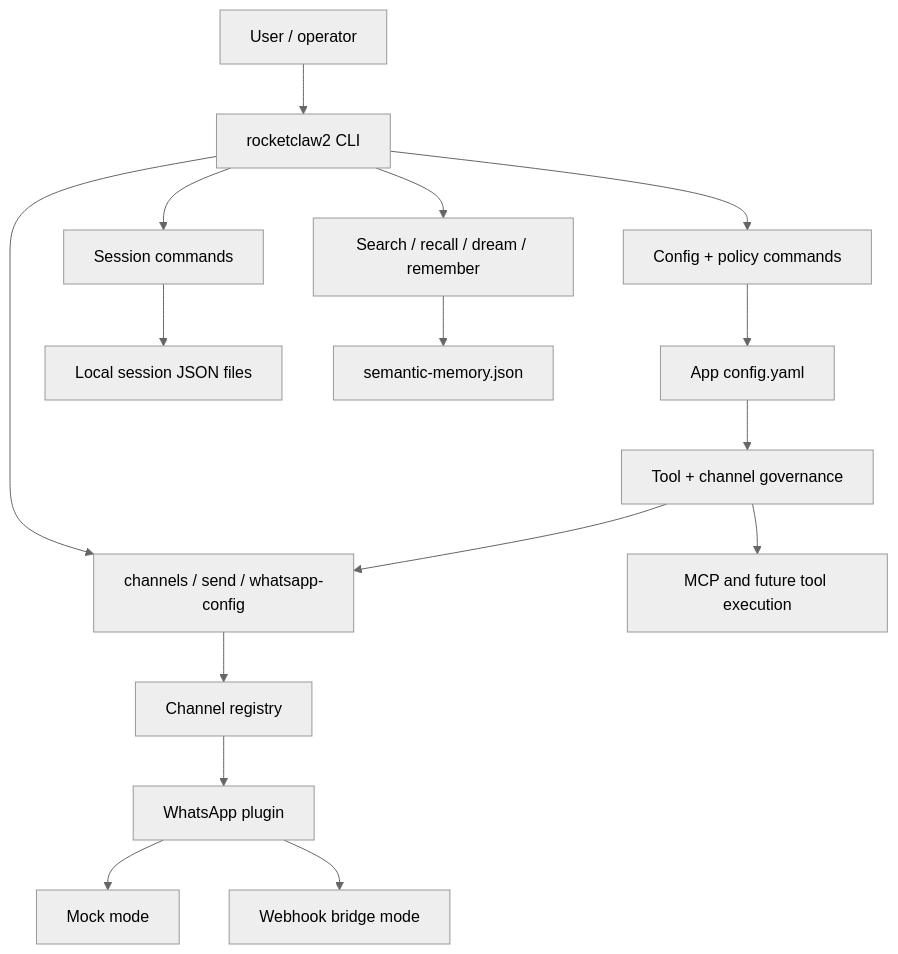
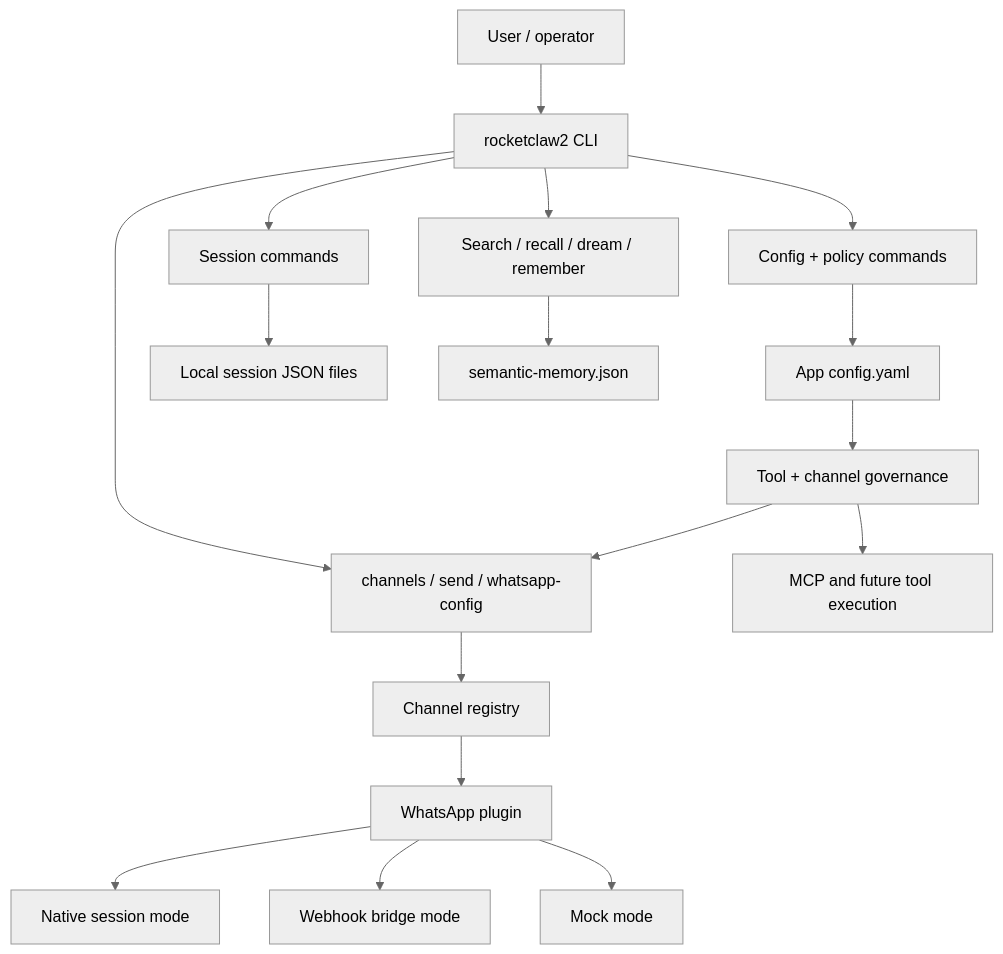
One commit to pburglin/RocketClaw2 changed the second of 5 diagrams in README.md. Above: the diagram before and after it, drawn with Mermaid (neutral theme). The commit also changed other lines of this file and 7 other files, not shown here.

````diff
--- a/README.md
+++ b/README.md
@@ -42,20 +42,21 @@
 ```mermaid
 flowchart TD
   User[User / operator] --> CLI[rocketclaw2 CLI]
   CLI --> ConfigCmds[Config + policy commands]
   CLI --> SessionCmds[Session commands]
   CLI --> MemoryCmds[Search / recall / dream / remember]
   CLI --> MessageCmds[channels / send / whatsapp-config]
 
   ConfigCmds --> AppConfig[App config.yaml]
   SessionCmds --> SessionFiles[Local session JSON files]
   MemoryCmds --> SemanticMemory[semantic-memory.json]
   MessageCmds --> ChannelRegistry[Channel registry]
   ChannelRegistry --> WhatsAppPlugin[WhatsApp plugin]
+  WhatsAppPlugin --> NativeSession[Native session mode]
+  WhatsAppPlugin --> WebhookMode[Webhook bridge mode]
   WhatsAppPlugin --> MockMode[Mock mode]
-  WhatsAppPlugin --> WebhookMode[Webhook bridge mode]
 
   AppConfig --> Governance[Tool + channel governance]
   Governance --> MessageCmds
   Governance --> MCPTools[MCP and future tool execution]
 ```
````
